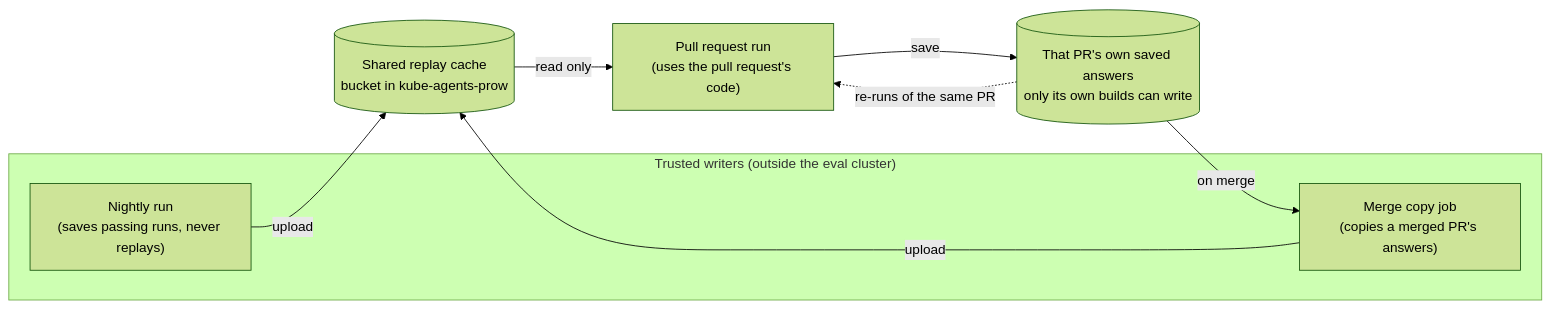
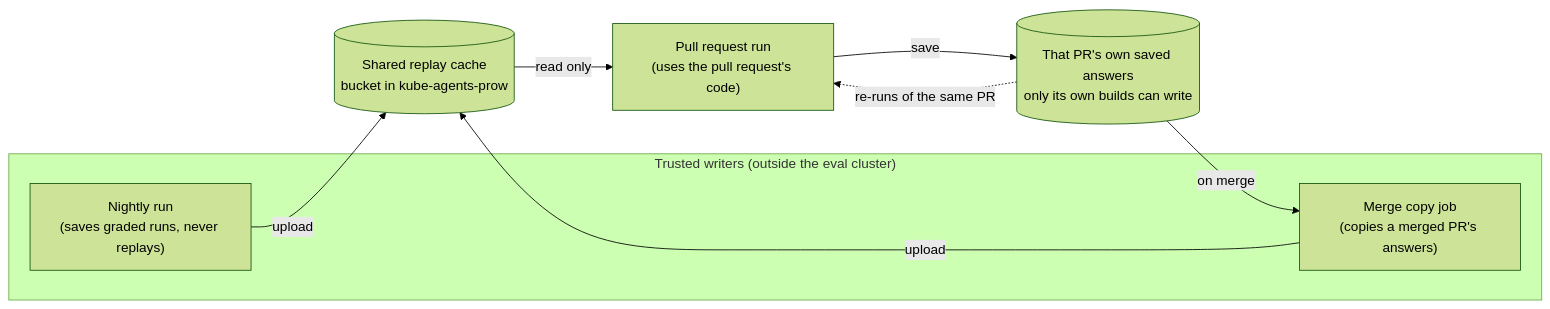
Before and after one commit to gke-labs/kube-agents: the fifth of 6 diagrams in examples/inference-replay/eval-design.md, drawn with Mermaid (forest theme). The commit also changed other lines of this file and 14 other files, not shown here.

````diff
--- a/examples/inference-replay/eval-design.md
+++ b/examples/inference-replay/eval-design.md
@@ -579,16 +578,16 @@
 ```mermaid
 flowchart LR
     subgraph trusted["Trusted writers (outside the eval cluster)"]
-        nightly["Nightly run<br/>(saves passing runs, never replays)"]
+        nightly["Nightly run<br/>(saves graded runs, never replays)"]
         copy["Merge copy job<br/>(copies a merged PR's answers)"]
     end
     pre["Pull request run<br/>(uses the pull request's code)"]
     own[("That PR's own saved answers<br/>only its own builds can write")]
     cache[("Shared replay cache<br/>bucket in kube-agents-prow")]
     nightly -- "upload" --> cache
     pre -- "save" --> own
     own -- "on merge" --> copy
     copy -- "upload" --> cache
     cache -- "read only" --> pre
     own -. "re-runs of the same PR" .-> pre
 ```
````
